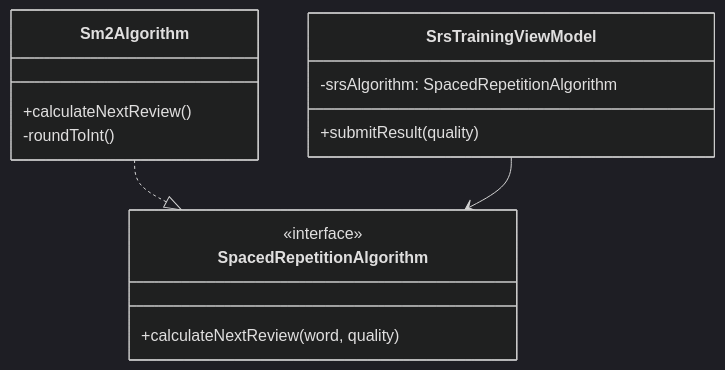
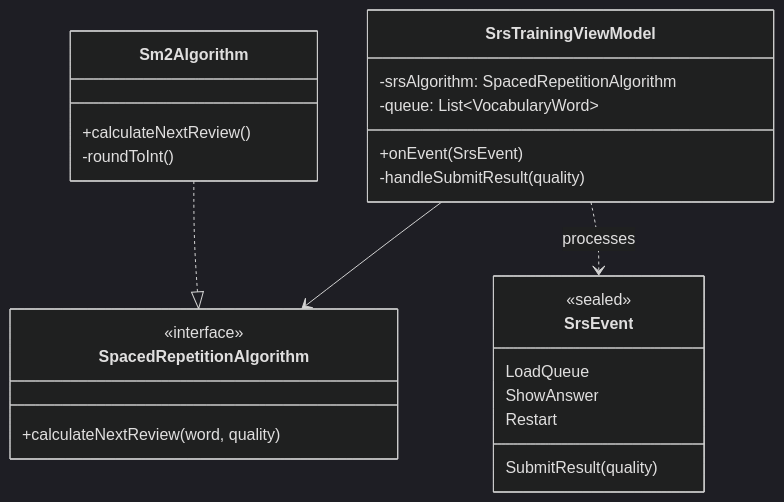
Before and after one commit to ursusandwolf/langkraft: the sixth of 7 diagrams in docs/UML.md, drawn with Mermaid (dark theme). The commit also changed 12 other files, not shown here.

Commit message:
refactor(ui): optimize player sync, srs queue management, and sync throttling

````diff
--- a/docs/UML.md
+++ b/docs/UML.md
@@ -147,18 +147,28 @@
 ```mermaid
 classDiagram
     class SpacedRepetitionAlgorithm {
         <<interface>>
         +calculateNextReview(word, quality)
     }
     class Sm2Algorithm {
         +calculateNextReview()
         -roundToInt()
     }
+    class SrsEvent {
+        <<sealed>>
+        LoadQueue
+        ShowAnswer
+        SubmitResult(quality)
+        Restart
+    }
     class SrsTrainingViewModel {
         -srsAlgorithm: SpacedRepetitionAlgorithm
-        +submitResult(quality)
+        -queue: List~VocabularyWord~
+        +onEvent(SrsEvent)
+        -handleSubmitResult(quality)
     }
 
     Sm2Algorithm ..|> SpacedRepetitionAlgorithm
     SrsTrainingViewModel --> SpacedRepetitionAlgorithm
+    SrsTrainingViewModel ..> SrsEvent : processes
 ```
````
